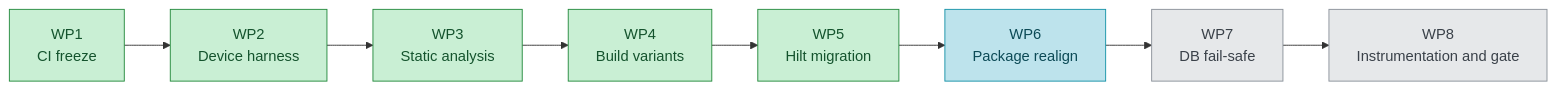
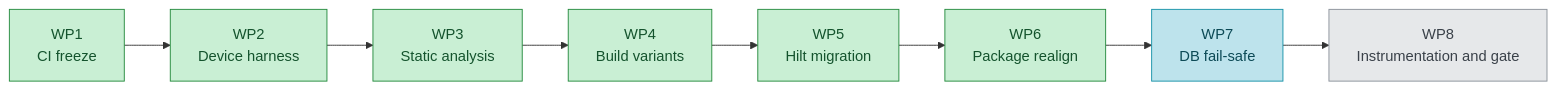
One commit to PyrosCat/App_lock changed the second of 2 diagrams in README.md. Above: the diagram before and after it, drawn with Mermaid. The commit also changed other lines of this file and 3 other files, not shown here.

Commit message:
Docs: refresh stale surfaces to the post-ADR-019 model (Roadmap, README)

````diff
--- a/README.md
+++ b/README.md
@@ -62,17 +68,17 @@
 ```mermaid
 flowchart LR
     classDef done fill:#c9efd4,stroke:#248a3d,color:#14532d
     classDef next fill:#bde3ec,stroke:#1592a8,color:#0c4a56
     classDef todo fill:#e6e8ea,stroke:#8a9199,color:#3a4149
 
     WP1["WP1<br/>CI freeze"]:::done
     WP2["WP2<br/>Device harness"]:::done
     WP3["WP3<br/>Static analysis"]:::done
     WP4["WP4<br/>Build variants"]:::done
     WP5["WP5<br/>Hilt migration"]:::done
-    WP6["WP6<br/>Package realign"]:::next
-    WP7["WP7<br/>DB fail-safe"]:::todo
+    WP6["WP6<br/>Package realign"]:::done
+    WP7["WP7<br/>DB fail-safe"]:::next
     WP8["WP8<br/>Instrumentation and gate"]:::todo
 
     WP1 --> WP2 --> WP3 --> WP4 --> WP5 --> WP6 --> WP7 --> WP8
 ```
````
